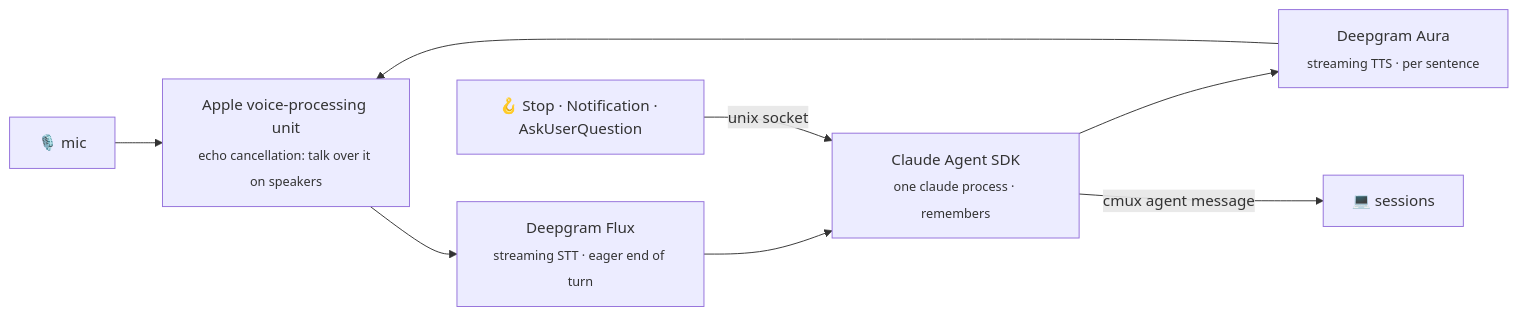
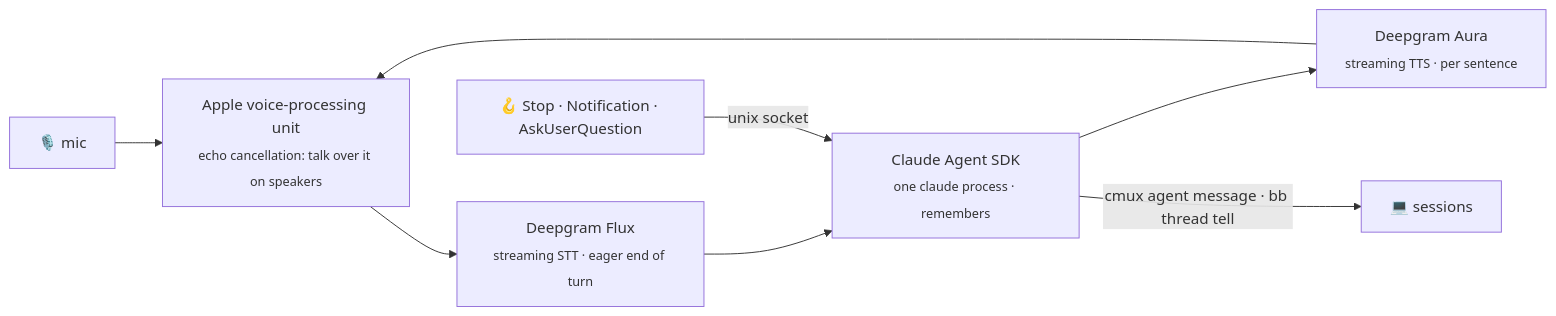
One commit to ActurialCapital/claudio changed the second of 2 diagrams in README.md. Above: the diagram before and after it, drawn with Mermaid. The commit also changed other lines of this file and 17 other files, not shown here.

````diff
--- a/README.md
+++ b/README.md
@@ -106,10 +122,10 @@
 ```mermaid
 flowchart LR
     mic["🎙️ mic"] --> aec["Apple voice-processing unit<br/><sub>echo cancellation: talk over it on speakers</sub>"]
     aec --> flux["Deepgram Flux<br/><sub>streaming STT · eager end of turn</sub>"]
     flux --> cp["Claude Agent SDK<br/><sub>one claude process · remembers</sub>"]
     cp --> aura["Deepgram Aura<br/><sub>streaming TTS · per sentence</sub>"]
     aura --> aec
     hooks["🪝 Stop · Notification · AskUserQuestion"] -->|unix socket| cp
-    cp -->|cmux agent message| sessions["💻 sessions"]
+    cp -->|"cmux agent message · bb thread tell"| sessions["💻 sessions"]
 ```
````
